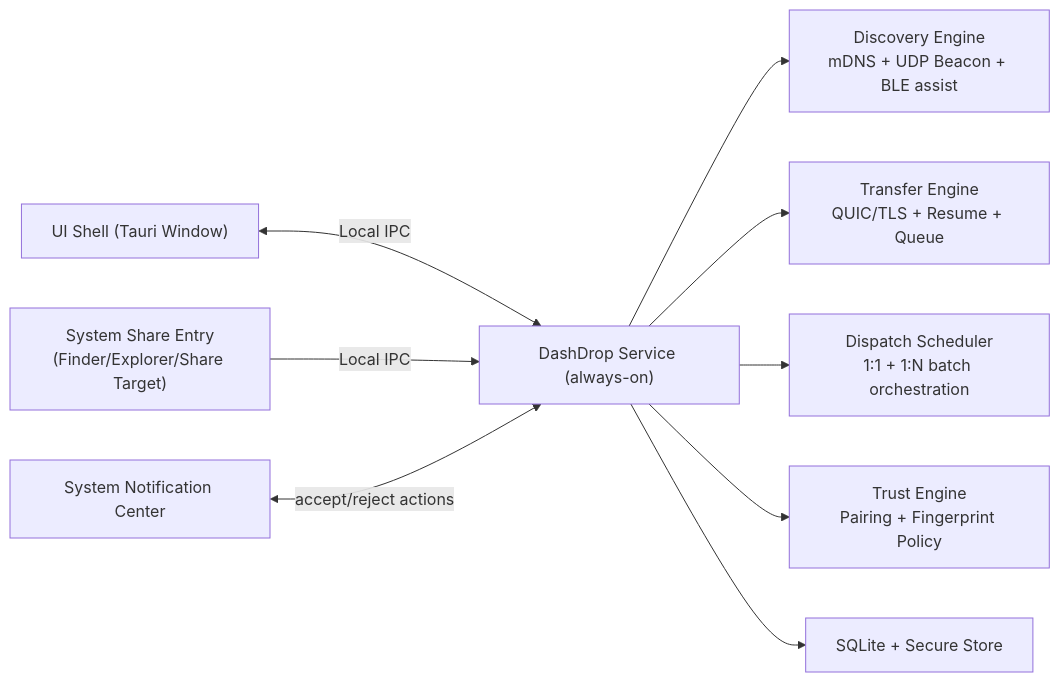
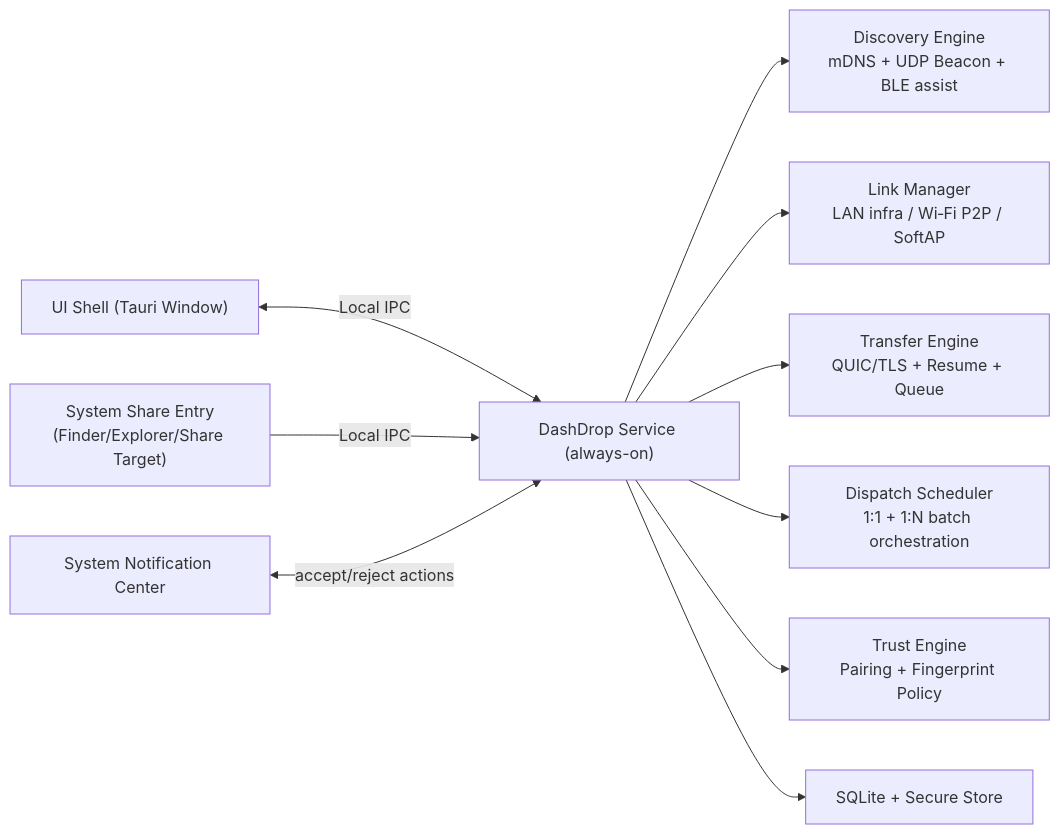
The diagram in docs/AIRDROP_SEAMLESS_EXPERIENCE_DESIGN.md (yangcandoit/DashDrop), drawn with Mermaid before and after one commit. The commit also changed other lines of this file, not shown here.

````diff
--- a/docs/AIRDROP_SEAMLESS_EXPERIENCE_DESIGN.md
+++ b/docs/AIRDROP_SEAMLESS_EXPERIENCE_DESIGN.md
@@ -59,11 +62,12 @@
 ```mermaid
 flowchart LR
   UI["UI Shell (Tauri Window)"] <-->|"Local IPC"| DAEMON["DashDrop Service (always-on)"]
   SHARE["System Share Entry\n(Finder/Explorer/Share Target)"] -->|"Local IPC"| DAEMON
   NOTIFY["System Notification Center"] <-->|"accept/reject actions"| DAEMON
   DAEMON --> DISC["Discovery Engine\nmDNS + UDP Beacon + BLE assist"]
+  DAEMON --> LINK["Link Manager\nLAN infra / Wi‑Fi P2P / SoftAP"]
   DAEMON --> TRANS["Transfer Engine\nQUIC/TLS + Resume + Queue"]
   DAEMON --> SCHED["Dispatch Scheduler\n1:1 + 1:N batch orchestration"]
   DAEMON --> TRUST["Trust Engine\nPairing + Fingerprint Policy"]
   DAEMON --> STORE["SQLite + Secure Store"]
 ```
````
